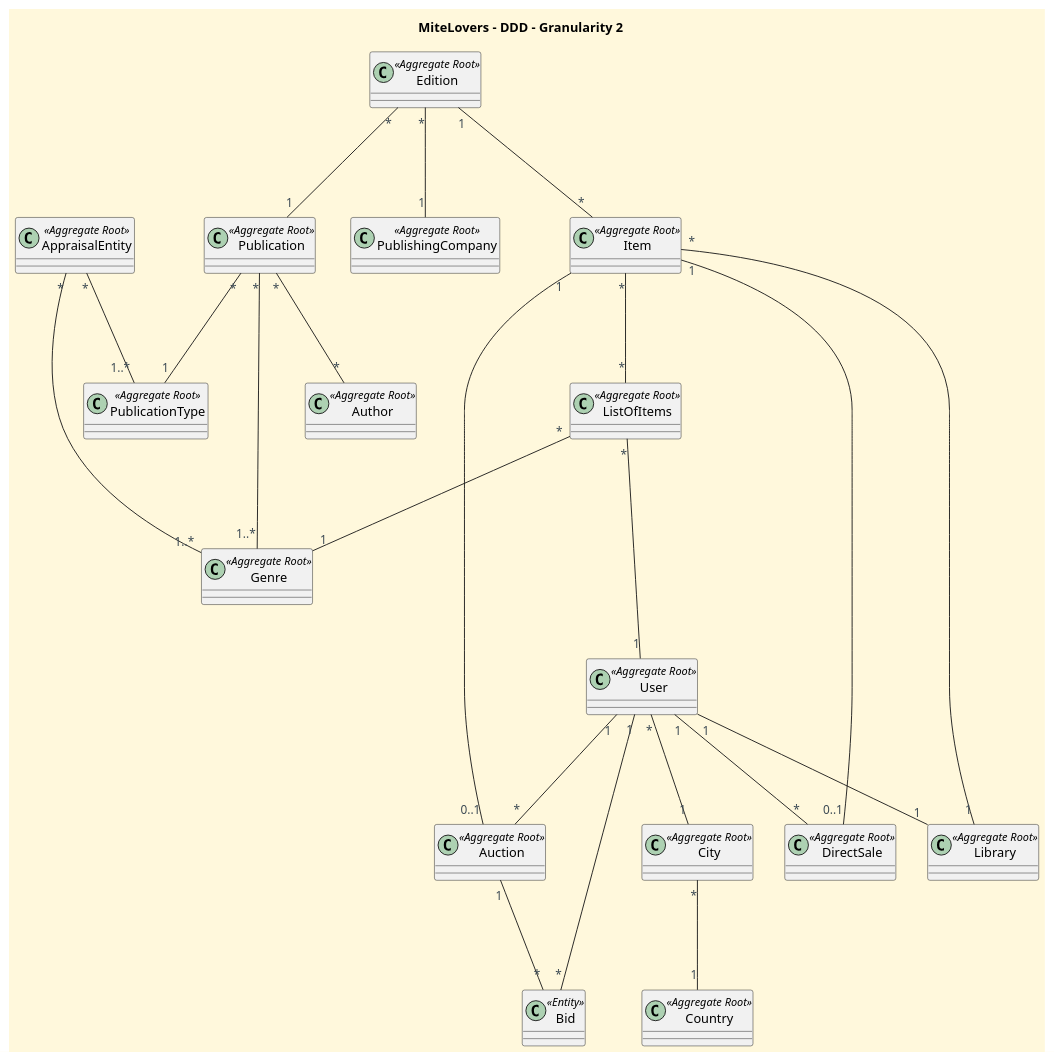
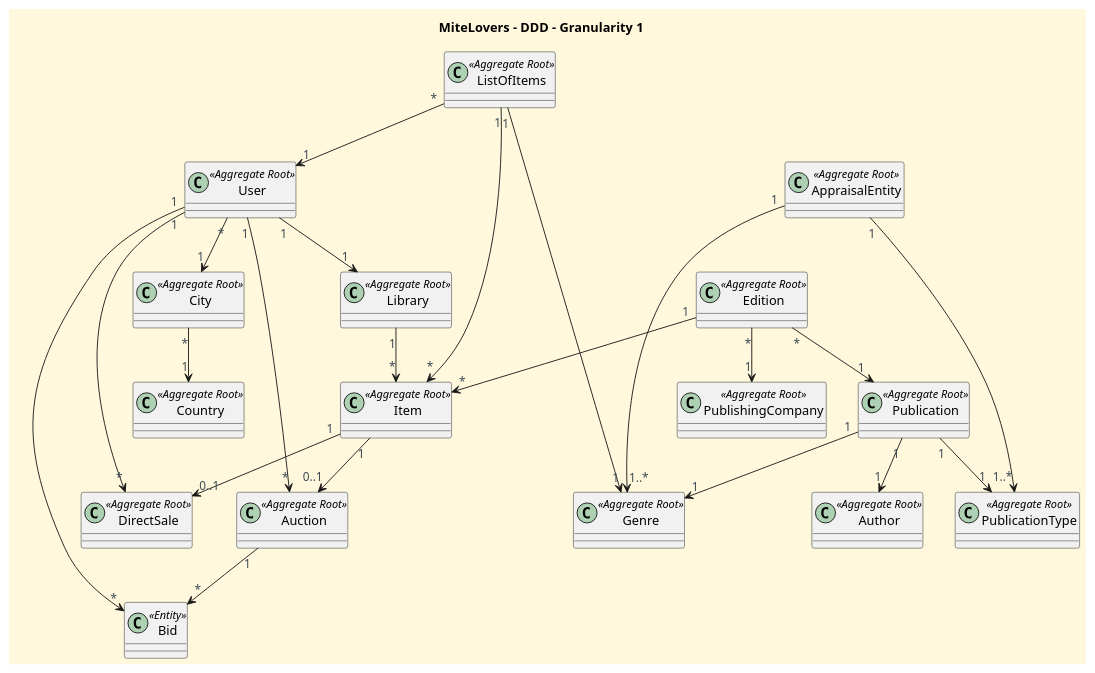
The diagram in docs/global-artifacts/DDD-G2.puml (CarolinaLeite-collab/JavaMarketplacePlatform), drawn with PlantUML before and after one commit. The commit also changed 2 other files, not shown here.

```diff
--- a/docs/global-artifacts/DDD-G2.puml
+++ b/docs/global-artifacts/DDD-G2.puml
@@ -1,94 +1,94 @@
 @startuml
 'https://plantuml.com/class-diagram
 
 '==== Title ====
-title MiteLovers – DDD - Granularity 2
+title MiteLovers – DDD - Granularity 1
 top to bottom direction
 
 '==== basic style ====
 
 'hides unwanted text
 
 skinparam monochrome false
 
 skinparam monochrome false
 skinparam shadowing false
 skinparam defaultFontName Futura
 skinparam objectFontSize 20
 skinparam backgroundColor CornSilk
 skinparam objectBackgroundColor WhiteSmoke
 skinparam noteBackgroundColor #FFFFE0
 skinparam ArrowFontColor #3B4953
 skinparam ActivationBackgroundColor black
 skinparam classAttributeIconSize 0
 
 '--- undefined objects ---'
 skinparam object {
   BackgroundColor<<highlight>> 91C6BCAA
   BorderColor<<highlight>> 4B9DA9AA
   FontColor<<highlight>> 547792AA
 }
 skinparam shadowing<<highlight>> false
 
 '--- Objects - Aggregate Roots ---'
 
 
 class User <<Aggregate Root>>
 class Library <<Aggregate Root>> {}
 class ListOfItems <<Aggregate Root>> {}
 class Item <<Aggregate Root>> {}
 class City <<Aggregate Root>> {}
 class Country <<Aggregate Root>> {}
 class DirectSale <<Aggregate Root>> {}
 class Auction <<Aggregate Root>> {}
 class Bid <<Entity>> {}
 class Edition <<Aggregate Root>> {}
 class PublishingCompany <<Aggregate Root>> {}
 class Publication <<Aggregate Root>> {}
 class Author <<Aggregate Root>> {}
 class PublicationType <<Aggregate Root>>  {}
 class Genre <<Aggregate Root>> {}
 class AppraisalEntity <<Aggregate Root>> {}
 
 '=== Correlations ==='
 
 '--- Edition ---'
-Edition "*" --- "1" PublishingCompany
-Edition "*" --- "1" Publication
-Edition "1" --- "*" Item
+Edition "*" --> "1" PublishingCompany
+Edition "*" --> "1" Publication
+Edition "1" --> "*" Item
 
 '--- Item ---'
-Item "*" --- "1" Library
-Item "1" -------- "0..1" DirectSale
-Item "1" -------- "0..1" Auction
-Item "*" --- "*" ListOfItems
+Library "1" --> "*" Item
+ListOfItems "1" --> "*" Item
 
 '--- ListOfItems ---'
-ListOfItems "*" --- "1" User
-ListOfItems "*" --- "1" Genre
+ListOfItems "*" --> "1" User
+ListOfItems "1" --> "1" Genre
 
 '--- User ---'
-User "*" --- "1" City
-User "1" --- "1" Library
-User "1" --- "*" Bid
-User "1" --- "*" Auction
-User "1" --- "*" DirectSale
+User "*" --> "1" City
+User "1" --> "1" Library
+User "1" --> "*" Bid
+User "1" --> "*" Auction
+User "1" --> "*" DirectSale
 
 '--- Publication ---'
-Publication "*" --- "*" Author
-Publication "*" --- "1" PublicationType
-Publication "*" --- "1..*" Genre
+Publication "1" --> "1" Author
+Publication "1" --> "1" PublicationType
+Publication "1" --> "1" Genre
 
 '--- AppraisalEntity ---'
-AppraisalEntity "*" --- "1..*" PublicationType
-AppraisalEntity "*" ----- "1..*" Genre
+AppraisalEntity "1" --> "1..*" PublicationType
+AppraisalEntity "1" ----> "1..*" Genre
 
 '--- Listing ---'
-Auction "1" --- "*" Bid
+Item "1" --> "0..1" Auction
+Item "1" --> "0..1" DirectSale
+Auction "1" --> "*" Bid
 
 '--- City ---'
-City "*" --- "1" Country
+City "*" --> "1" Country
 
 
 
 @enduml
```
